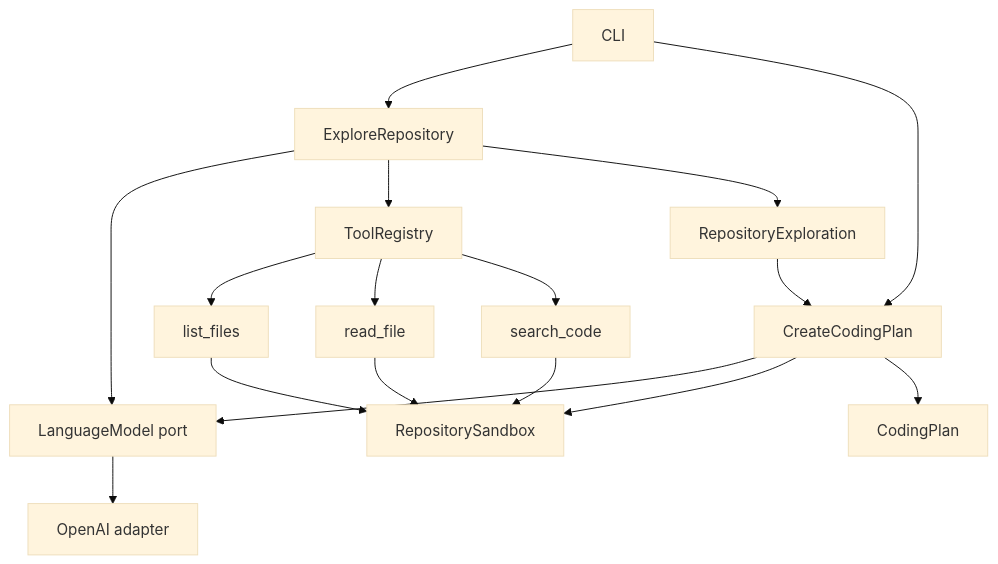
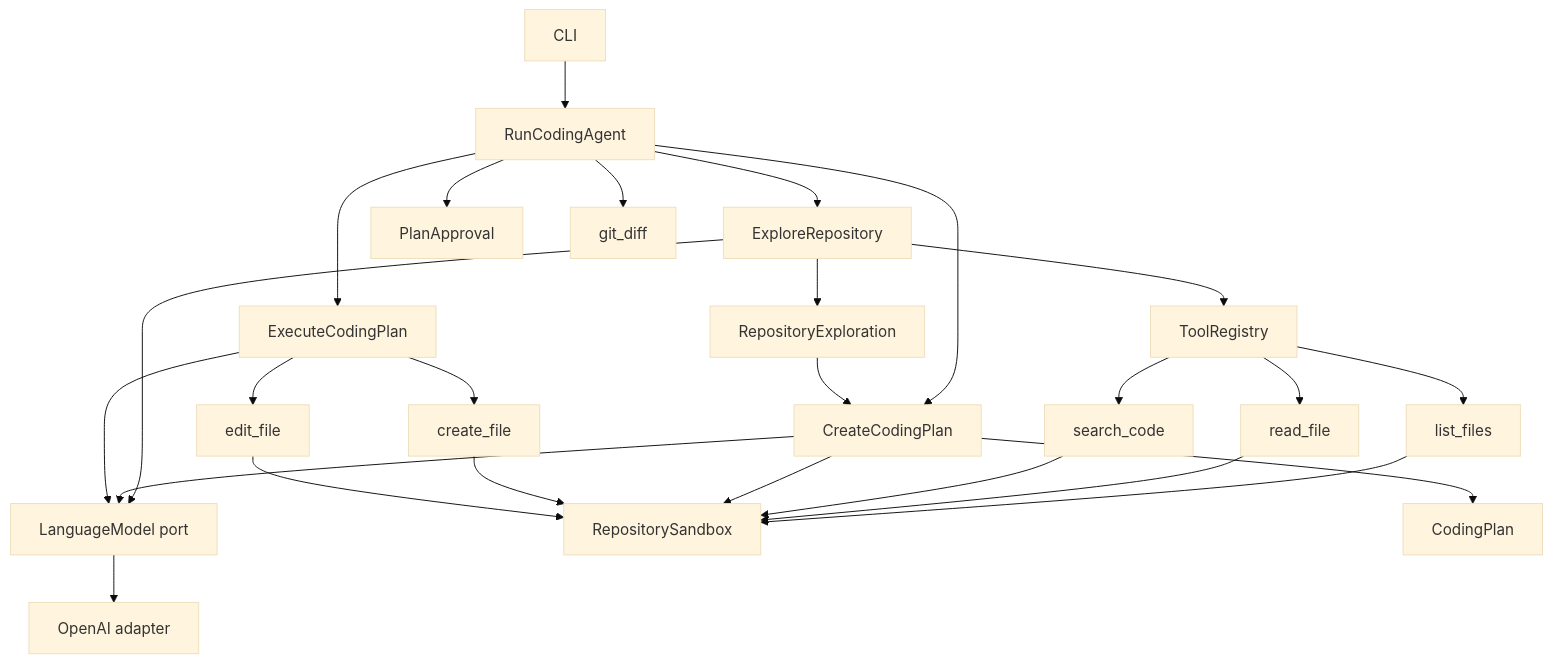
The diagram in README.md (ArianeZan/mini-code), drawn with Mermaid (base theme) before and after one commit. The commit also changed other lines of this file and 26 other files, not shown here.

Commit message:
feat: execute approved coding plans

````diff
--- a/README.md
+++ b/README.md
@@ -94,19 +95,28 @@
 ```mermaid
 flowchart TD
-    CLI[CLI] --> Explore[ExploreRepository]
-    CLI --> Plan[CreateCodingPlan]
+    CLI[CLI] --> Agent[RunCodingAgent]
+    Agent --> Explore[ExploreRepository]
+    Agent --> Plan[CreateCodingPlan]
+    Agent --> Approval[PlanApproval]
+    Agent --> Execute[ExecuteCodingPlan]
     Explore --> LM[LanguageModel port]
     Plan --> LM
+    Execute --> LM
     LM --> OpenAI[OpenAI adapter]
     Explore --> Registry[ToolRegistry]
     Registry --> List[list_files]
     Registry --> Read[read_file]
     Registry --> Search[search_code]
     List --> Sandbox[RepositorySandbox]
     Read --> Sandbox
     Search --> Sandbox
     Plan --> Sandbox
+    Execute --> Create[create_file]
+    Execute --> Edit[edit_file]
+    Create --> Sandbox
+    Edit --> Sandbox
+    Agent --> Diff[git_diff]
     Explore --> Result[RepositoryExploration]
     Result --> Plan
     Plan --> CodingPlan[CodingPlan]
 ```
````
